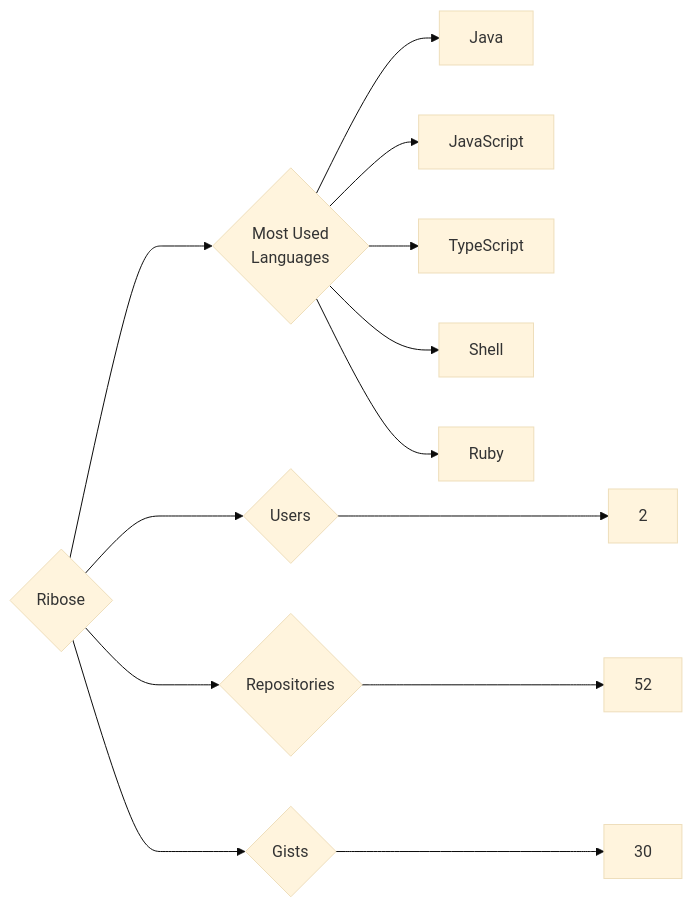
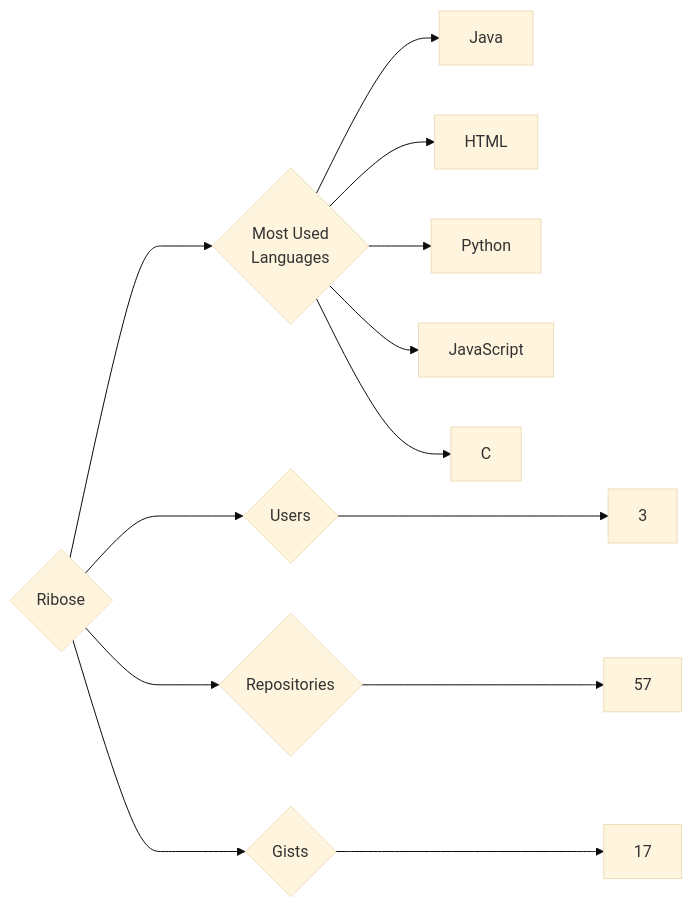
The diagram in targets/Ribose/README.md (trickest/insiders), drawn with Mermaid (base theme) before and after one commit. The commit also changed 835 other files, not shown here.

````diff
--- a/targets/Ribose/README.md
+++ b/targets/Ribose/README.md
@@ -3,13 +3,13 @@
 ```mermaid
 graph LR
 COMPANY_NAME{Ribose}
-COMPANY_NAME ---> U{Users} ---> UN[2]
-COMPANY_NAME ---> R{Repositories} ---> RN[52]
-COMPANY_NAME ---> G{Gists} ---> GN[30]
+COMPANY_NAME ---> U{Users} ---> UN[3]
+COMPANY_NAME ---> R{Repositories} ---> RN[57]
+COMPANY_NAME ---> G{Gists} ---> GN[17]
 COMPANY_NAME ---> ML{Most Used<br>Languages}
 ML --> Java[Java]
+ML --> HTML[HTML]
+ML --> Python[Python]
 ML --> JavaScript[JavaScript]
-ML --> TypeScript[TypeScript]
-ML --> Shell[Shell]
-ML --> Ruby[Ruby]
+ML --> C[C]
 ```
````
